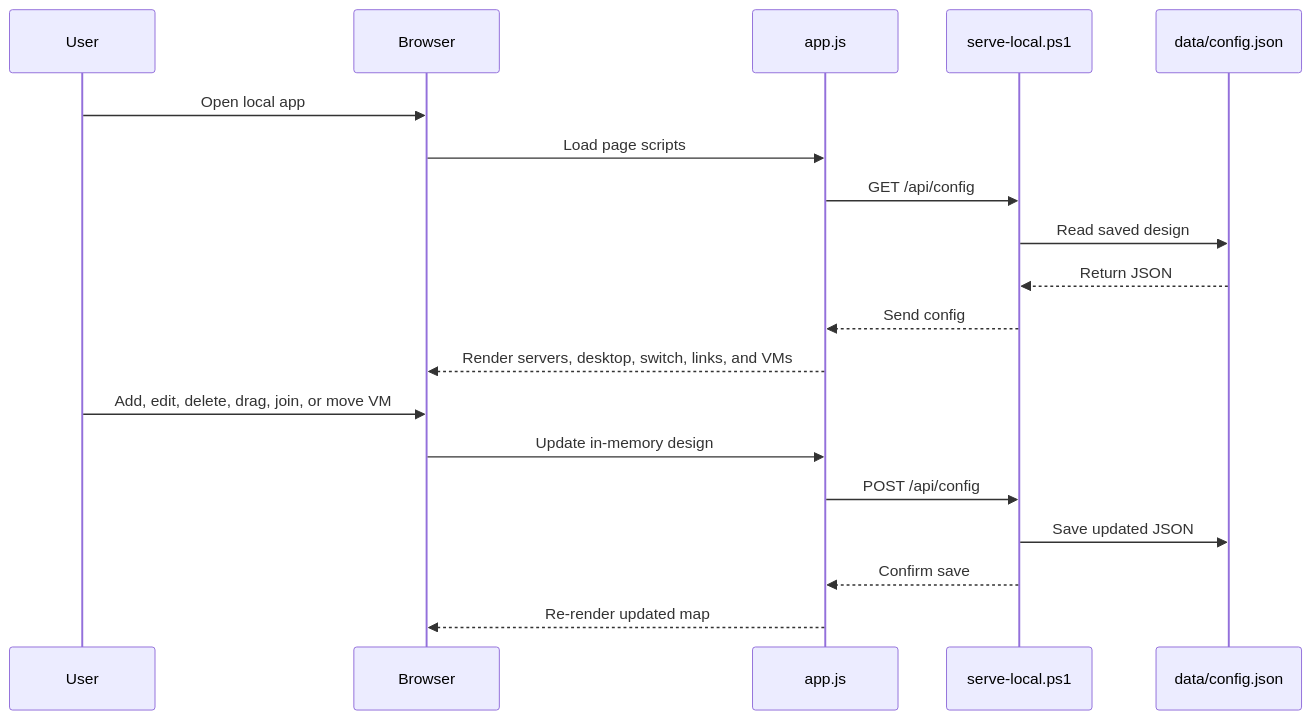
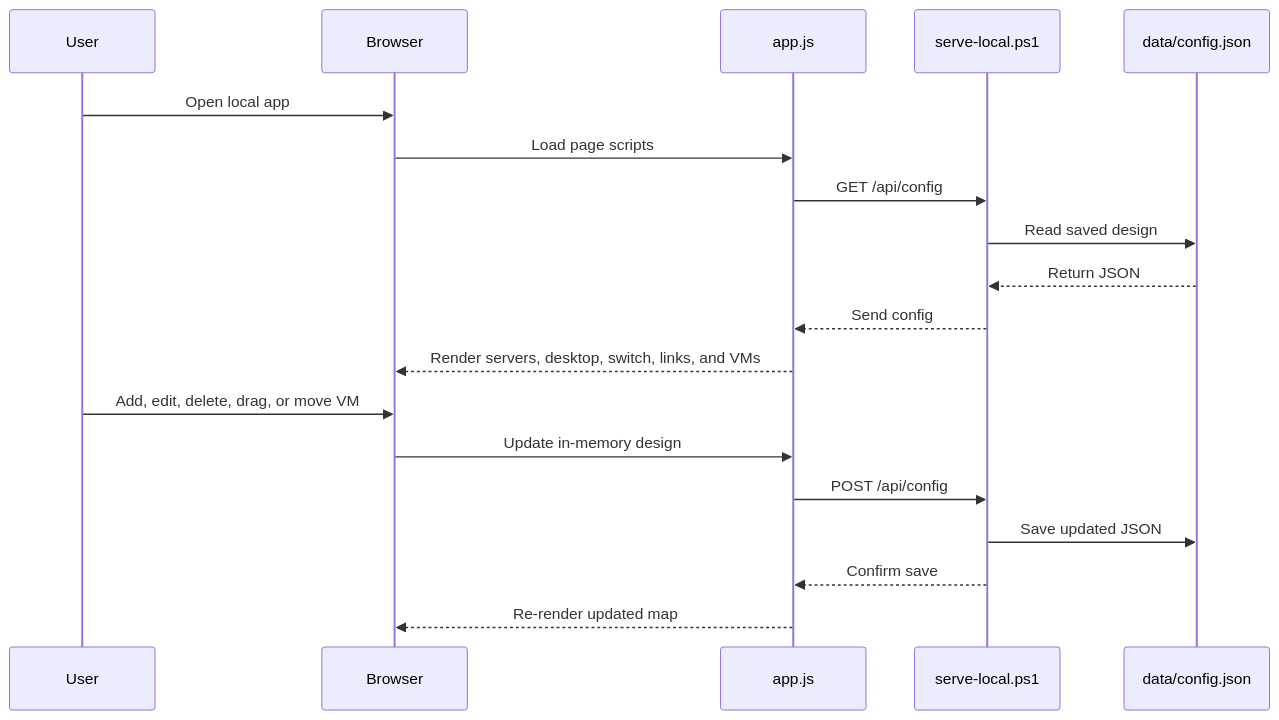
The third of 3 diagrams in README.md (hikari-u2/data-center-sim), drawn with Mermaid before and after one commit. The commit also changed other lines of this file and 3 other files, not shown here.

````diff
--- a/README.md
+++ b/README.md
@@ -123,23 +123,23 @@
 ```mermaid
 sequenceDiagram
   participant User
   participant Browser
   participant App as app.js
   participant Backend as serve-local.ps1
   participant Config as data/config.json
 
   User->>Browser: Open local app
   Browser->>App: Load page scripts
   App->>Backend: GET /api/config
   Backend->>Config: Read saved design
   Config-->>Backend: Return JSON
   Backend-->>App: Send config
   App-->>Browser: Render servers, desktop, switch, links, and VMs
 
-  User->>Browser: Add, edit, delete, drag, join, or move VM
+  User->>Browser: Add, edit, delete, drag, or move VM
   Browser->>App: Update in-memory design
   App->>Backend: POST /api/config
   Backend->>Config: Save updated JSON
   Backend-->>App: Confirm save
   App-->>Browser: Re-render updated map
 ```
````
